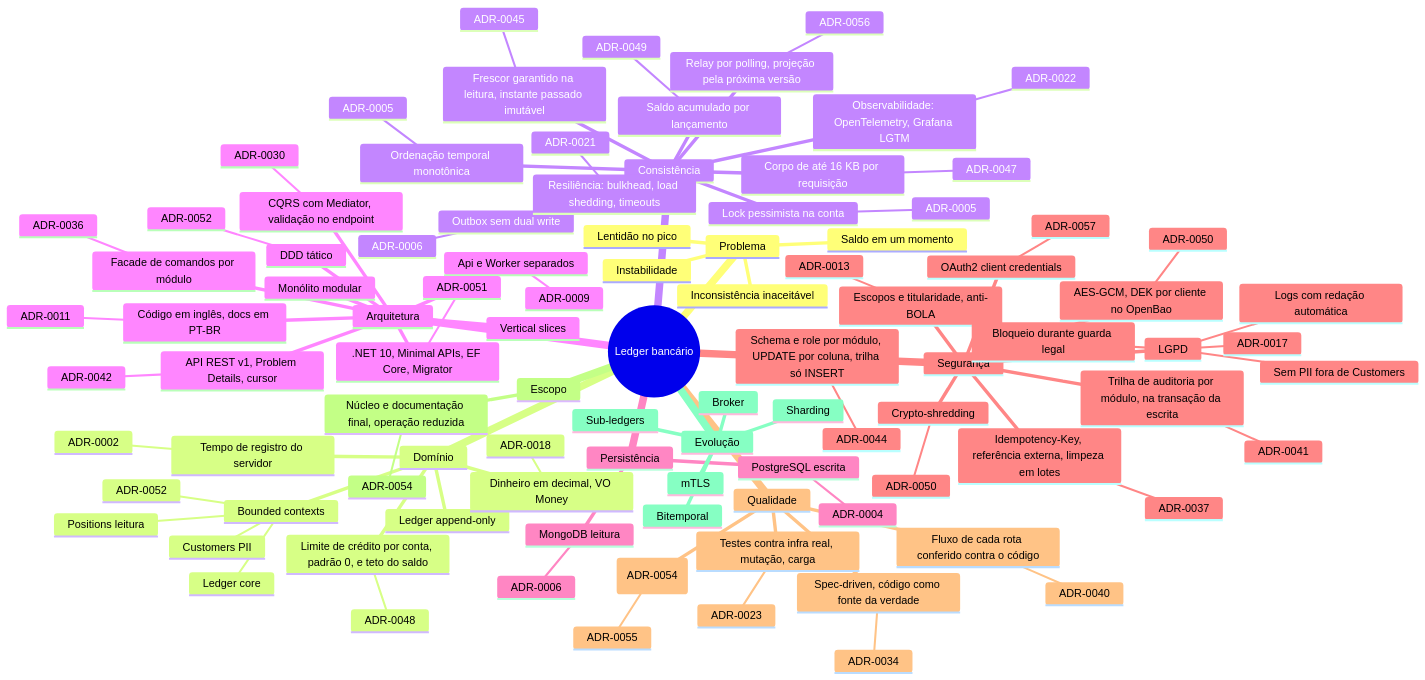
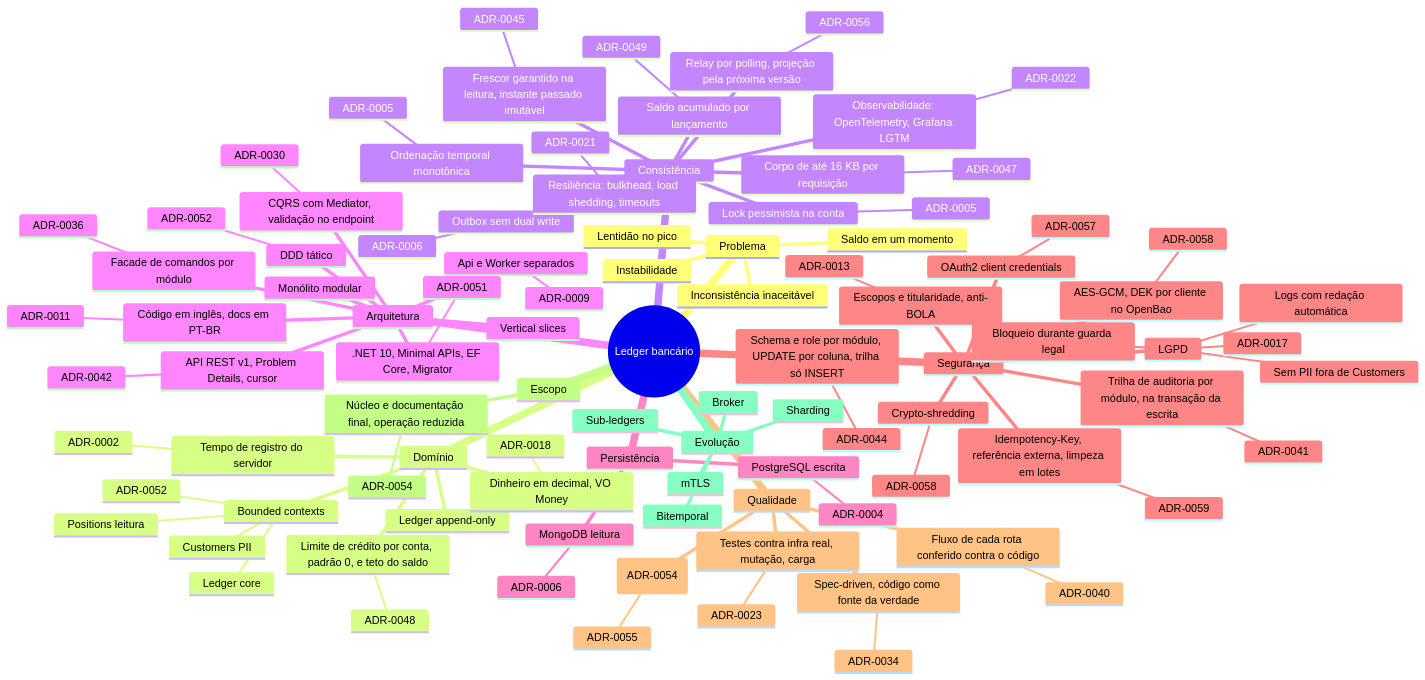
Before and after one commit to arthuurw/desafio-arquiteto-keyrus: the first of 2 diagrams in docs/mapa-de-decisoes.md, drawn with Mermaid. The commit also changed other lines of this file and 73 other files, not shown here.

```diff
--- a/docs/mapa-de-decisoes.md
+++ b/docs/mapa-de-decisoes.md
@@ -89,15 +89,15 @@
       Escopos e titularidade, anti-BOLA
         ADR-0013
       Idempotency-Key, referência externa, limpeza em lotes
-        ADR-0037
+        ADR-0059
       Schema e role por módulo, UPDATE por coluna, trilha só INSERT
         ADR-0044
       Trilha de auditoria por módulo, na transação da escrita
         ADR-0041
       AES-GCM, DEK por cliente no OpenBao
-        ADR-0050
+        ADR-0058
       Crypto-shredding
-        ADR-0050
+        ADR-0058
       LGPD
         Sem PII fora de Customers
         Logs com redação automática
```
